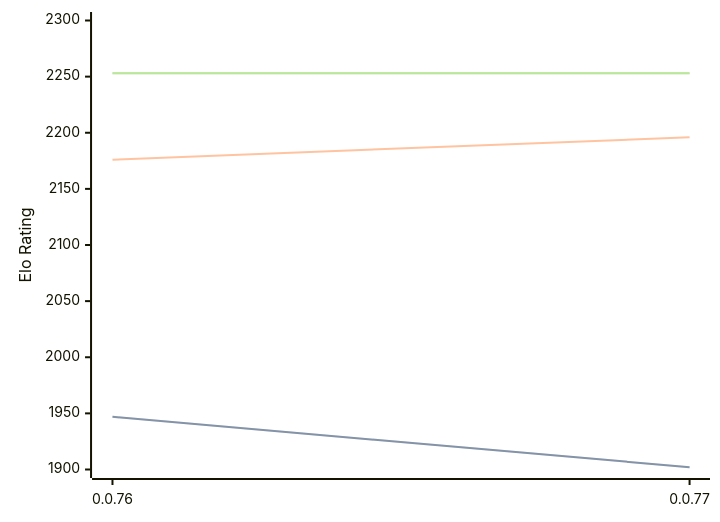
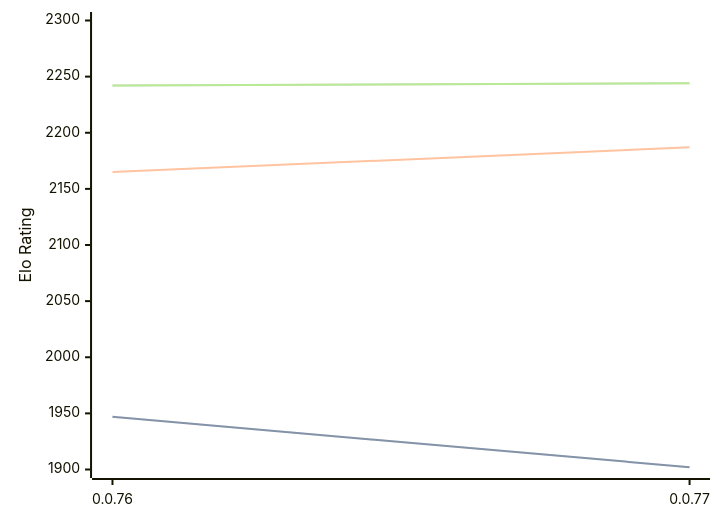
The diagram in engines/Fktb.md (computer-chess-index/cci), drawn with Mermaid before and after one commit. The commit also changed other lines of this file, not shown here.

Commit message:
Update CCI Ratings (ELO VLTC) - 2026-03-19

````diff
--- a/engines/Fktb.md
+++ b/engines/Fktb.md
@@ -30,11 +30,11 @@
 ```mermaid
 %%{init: {"theme":"base","themeVariables":{"seriesColors:['#a3a3a3','#222221','#faa371']}}}%%
 xychart-beta
   x-axis ["0.0.76", "0.0.77"]
   y-axis "Elo Rating" 1900 --> 2300
   line "STC (8.0+0.08s)" [1947, 1902]
   line "STC (8.0+0.08s)" [1947, 1902]
-  line "LTC (60.0+0.60s)" [2176, 2196]
-  line "VLTC (2m24s+1.12s)" [2253, 2253]
-  line "VLTC (2m24s+1.12s)" [2253, 2253]
+  line "LTC (60.0+0.60s)" [2165, 2187]
+  line "VLTC (2m24s+1.12s)" [2242, 2244]
+  line "VLTC (2m24s+1.12s)" [2242, 2244]
 ```
````
